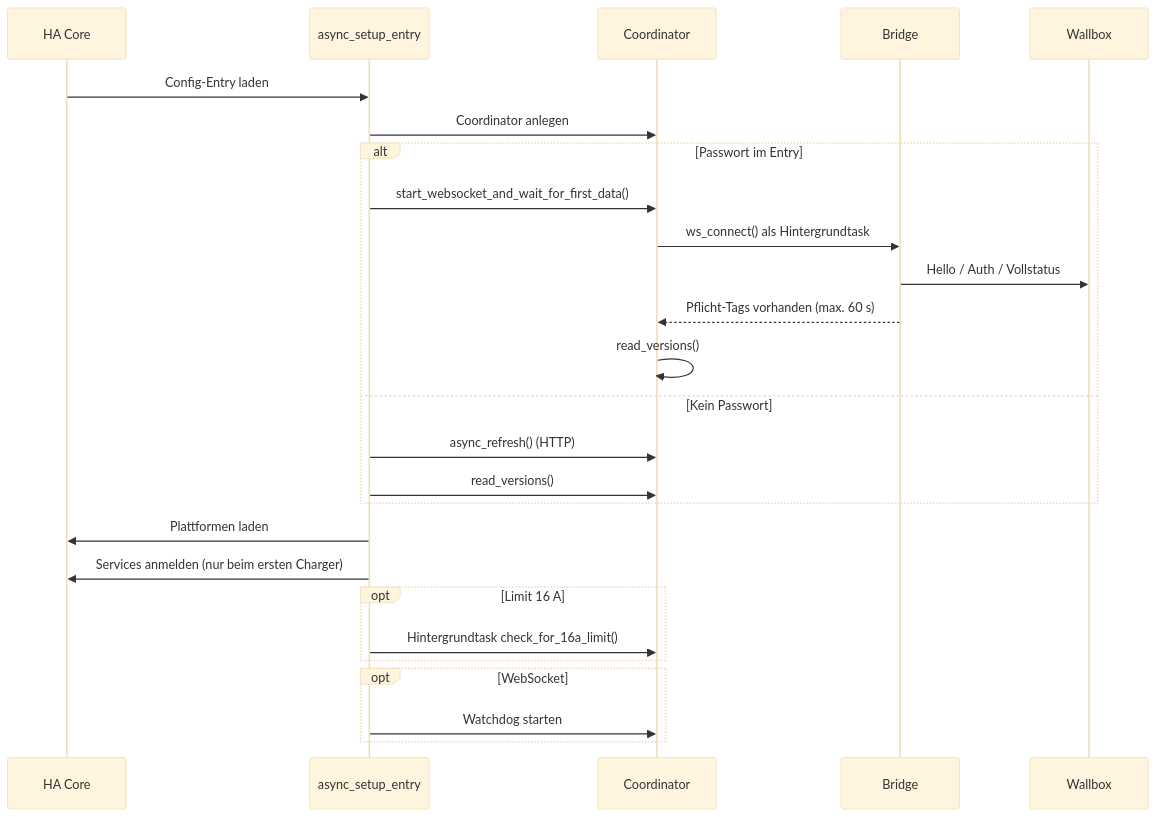
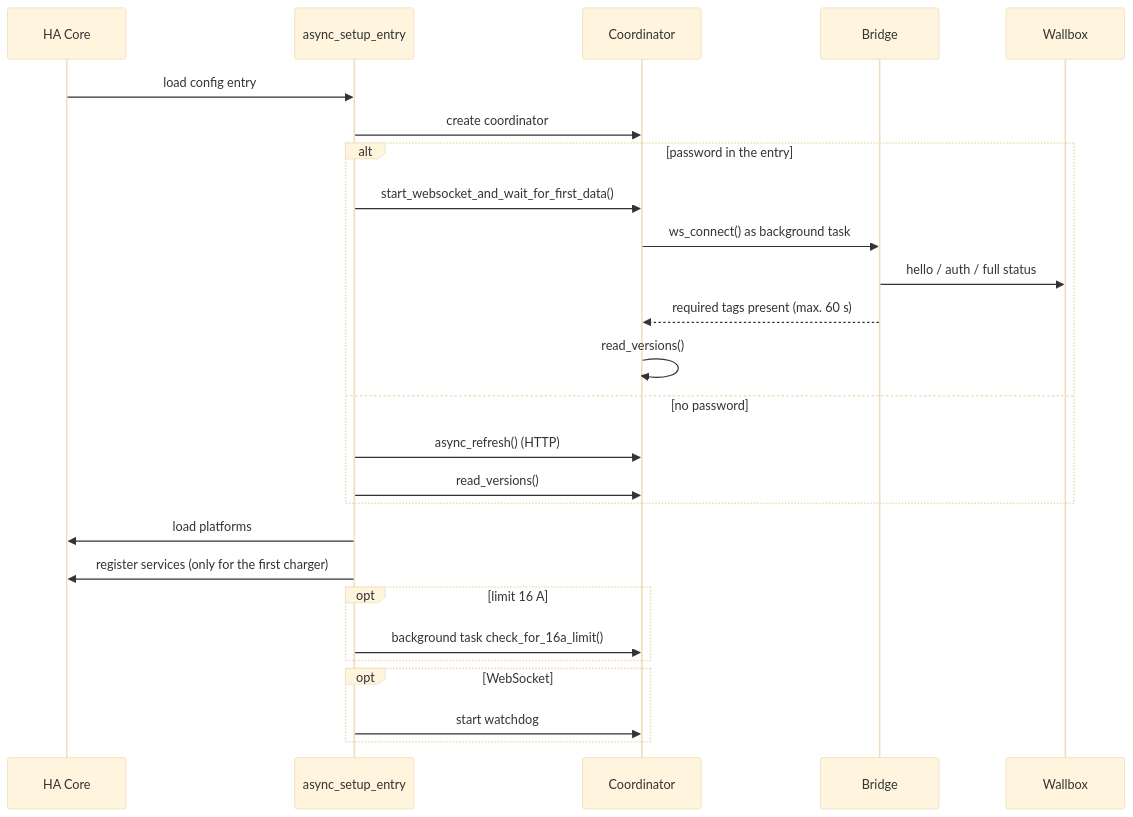
The third of 12 diagrams in docs/architecture/arc42-ha-goecharger-api2.md (OliEder/ha-goecharger-api2), drawn with Mermaid (base theme) before and after one commit. The commit also changed other lines of this file and 89 other files, not shown here.

````diff
--- a/docs/architecture/arc42-ha-goecharger-api2.md
+++ b/docs/architecture/arc42-ha-goecharger-api2.md
@@ -225,28 +225,28 @@
 ```mermaid
 sequenceDiagram
     participant HA as HA Core
     participant I as async_setup_entry
     participant C as Coordinator
     participant B as Bridge
     participant W as Wallbox
-    HA->>I: Config-Entry laden
-    I->>C: Coordinator anlegen
-    alt Passwort im Entry
+    HA->>I: load config entry
+    I->>C: create coordinator
+    alt password in the entry
         I->>C: start_websocket_and_wait_for_first_data()
-        C->>B: ws_connect() als Hintergrundtask
-        B->>W: Hello / Auth / Vollstatus
-        B-->>C: Pflicht-Tags vorhanden (max. 60 s)
+        C->>B: ws_connect() as background task
+        B->>W: hello / auth / full status
+        B-->>C: required tags present (max. 60 s)
         C->>C: read_versions()
-    else Kein Passwort
+    else no password
         I->>C: async_refresh() (HTTP)
         I->>C: read_versions()
     end
-    I->>HA: Plattformen laden
-    I->>HA: Services anmelden (nur beim ersten Charger)
-    opt Limit 16 A
-        I->>C: Hintergrundtask check_for_16a_limit()
+    I->>HA: load platforms
+    I->>HA: register services (only for the first charger)
+    opt limit 16 A
+        I->>C: background task check_for_16a_limit()
     end
     opt WebSocket
-        I->>C: Watchdog starten
+        I->>C: start watchdog
     end
 ```
````
